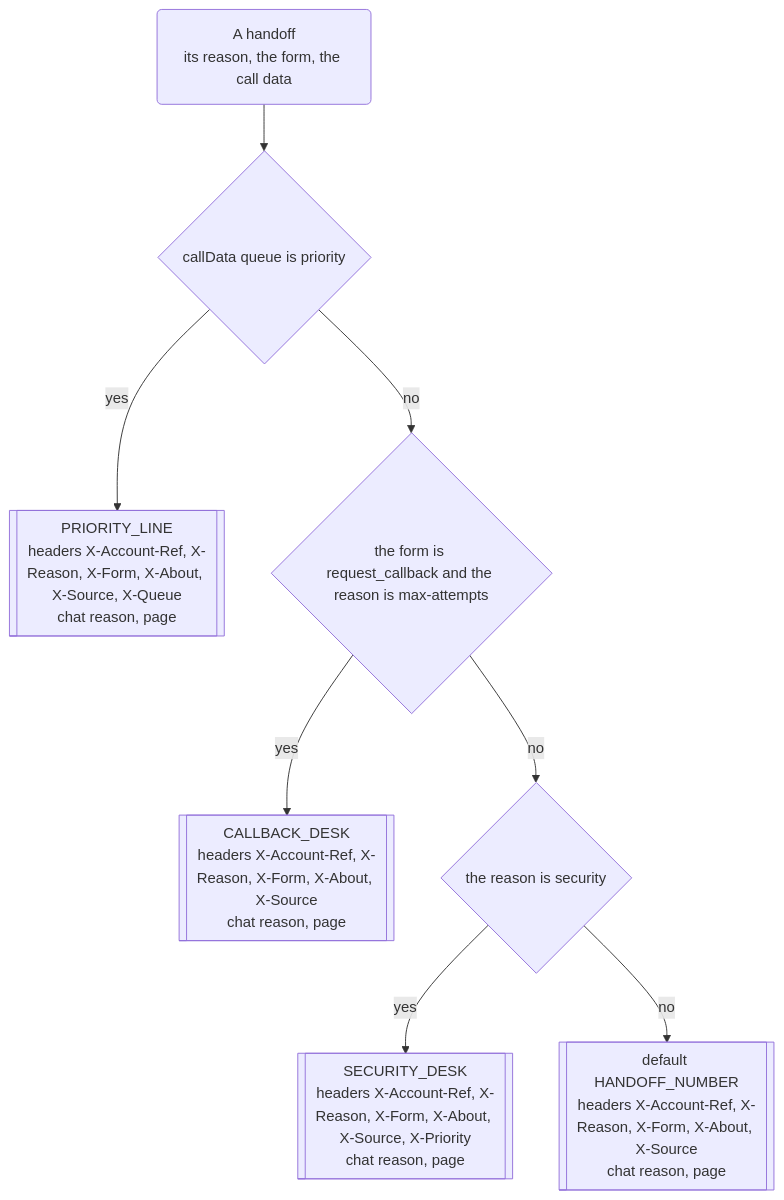
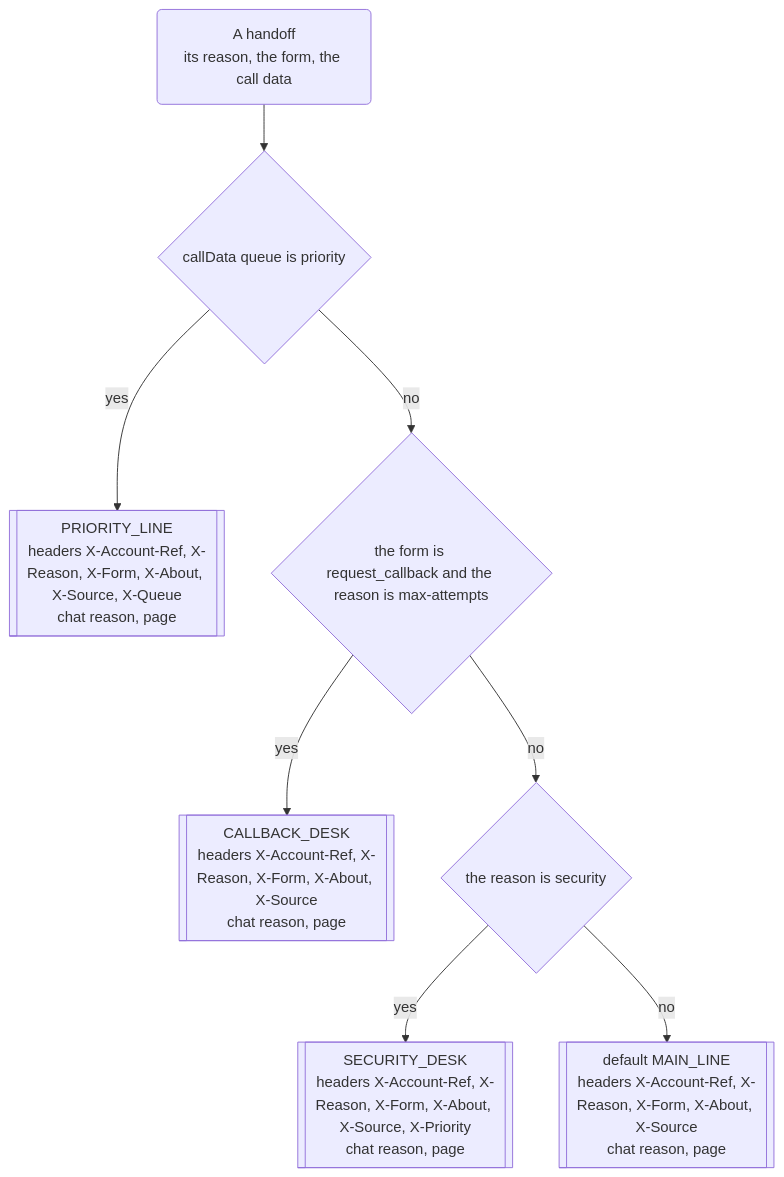
The third of 3 diagrams in packages/dialogwright/src/testing/callback/APP-MAP.md (DialogWright/dialogwright), drawn with Mermaid before and after one commit. The commit also changed 19 other files, not shown here.

````diff
--- a/packages/dialogwright/src/testing/callback/APP-MAP.md
+++ b/packages/dialogwright/src/testing/callback/APP-MAP.md
@@ -54,18 +54,18 @@
 ```mermaid
 flowchart TD
   handoff("A handoff<br/>its reason, the form, the call data")
   w_0{"callData queue is priority"}
   handoff --> w_0
   t_0[["PRIORITY_LINE<br/>headers X-Account-Ref, X-Reason, X-Form, X-About, X-Source, X-Queue<br/>chat reason, page"]]
   w_0 -->|"yes"| t_0
   w_1{"the form is request_callback and the reason is max-attempts"}
   w_0 -->|"no"| w_1
   t_1[["CALLBACK_DESK<br/>headers X-Account-Ref, X-Reason, X-Form, X-About, X-Source<br/>chat reason, page"]]
   w_1 -->|"yes"| t_1
   w_2{"the reason is security"}
   w_1 -->|"no"| w_2
   t_2[["SECURITY_DESK<br/>headers X-Account-Ref, X-Reason, X-Form, X-About, X-Source, X-Priority<br/>chat reason, page"]]
   w_2 -->|"yes"| t_2
-  fallback[["default HANDOFF_NUMBER<br/>headers X-Account-Ref, X-Reason, X-Form, X-About, X-Source<br/>chat reason, page"]]
+  fallback[["default MAIN_LINE<br/>headers X-Account-Ref, X-Reason, X-Form, X-About, X-Source<br/>chat reason, page"]]
   w_2 -->|"no"| fallback
 ```
````
